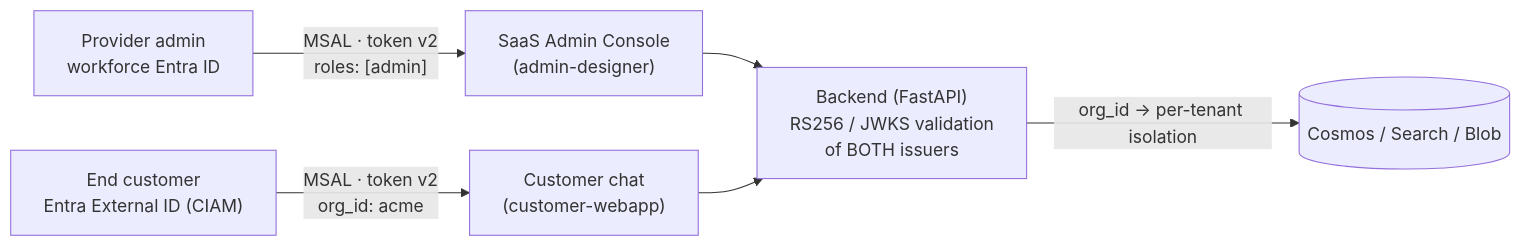
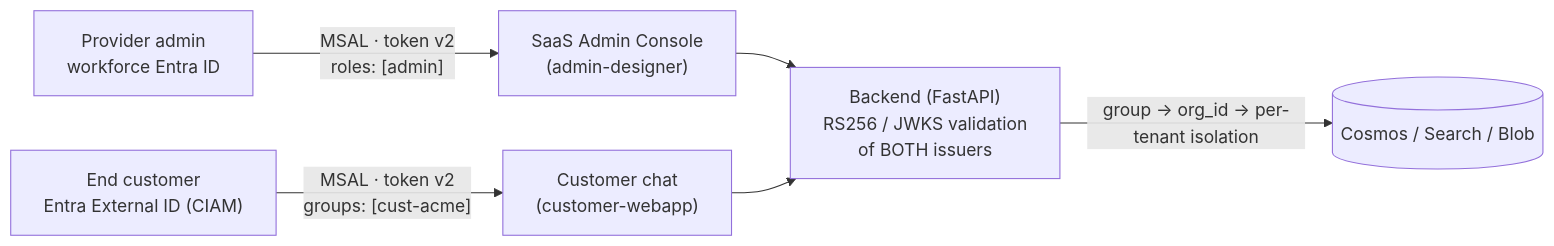
The third of 3 diagrams in README.md (pietrobr/agent-loom), drawn with Mermaid before and after one commit. The commit also changed other lines of this file and 11 other files, not shown here.

Commit message:
feat: implement customer mapping to tenants via security groups and provisioning app

````diff
--- a/README.md
+++ b/README.md
@@ -447,8 +447,8 @@
 ```mermaid
 flowchart LR
     Admin["Provider admin<br/>workforce Entra ID"] -->|"MSAL · token v2<br/>roles: [admin]"| Console["SaaS Admin Console<br/>(admin-designer)"]
-    Cust["End customer<br/>Entra External ID (CIAM)"] -->|"MSAL · token v2<br/>org_id: acme"| Chat["Customer chat<br/>(customer-webapp)"]
+    Cust["End customer<br/>Entra External ID (CIAM)"] -->|"MSAL · token v2<br/>groups: [cust-acme]"| Chat["Customer chat<br/>(customer-webapp)"]
     Console --> API["Backend (FastAPI)<br/>RS256 / JWKS validation<br/>of BOTH issuers"]
     Chat --> API
-    API -->|"org_id → per-tenant isolation"| Cosmos[("Cosmos / Search / Blob")]
+    API -->|"group → org_id → per-tenant isolation"| Cosmos[("Cosmos / Search / Blob")]
 ```
````
